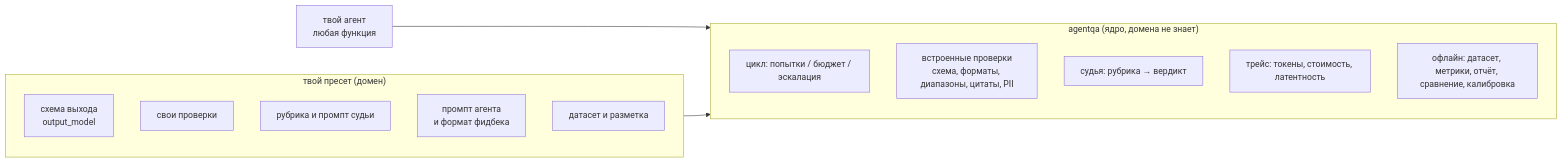
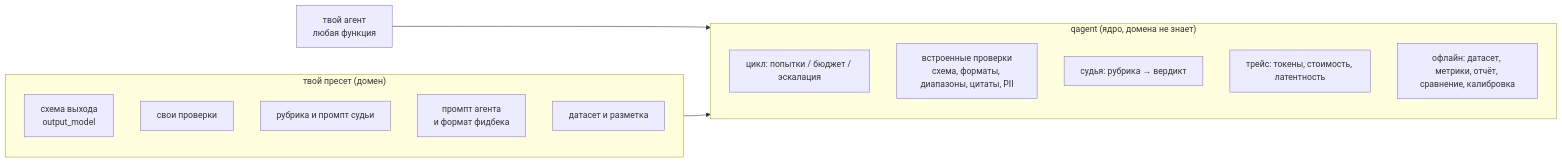
Before and after one commit to wizzhomie/pantheon: the first of 2 diagrams in docs/design.md, drawn with Mermaid. The commit also changed other lines of this file and 114 other files, not shown here.

````diff
--- a/docs/design.md
+++ b/docs/design.md
@@ -30,21 +30,21 @@
 ```mermaid
 flowchart LR
-    subgraph core["agentqa (ядро, домена не знает)"]
+    subgraph core["qagent (ядро, домена не знает)"]
         direction TB
         L[цикл: попытки / бюджет / эскалация]
         C[встроенные проверки<br/>схема, форматы, диапазоны, цитаты, PII]
         J[судья: рубрика → вердикт]
         T[трейс: токены, стоимость, латентность]
         E[офлайн: датасет, метрики, отчёт, сравнение, калибровка]
     end
     subgraph preset["твой пресет (домен)"]
         direction TB
         S[схема выхода<br/>output_model]
         K[свои проверки]
         R[рубрика и промпт судьи]
         P[промпт агента<br/>и формат фидбека]
         D[датасет и разметка]
     end
     A[твой агент<br/>любая функция] --> core
     preset --> core
 ```
````
